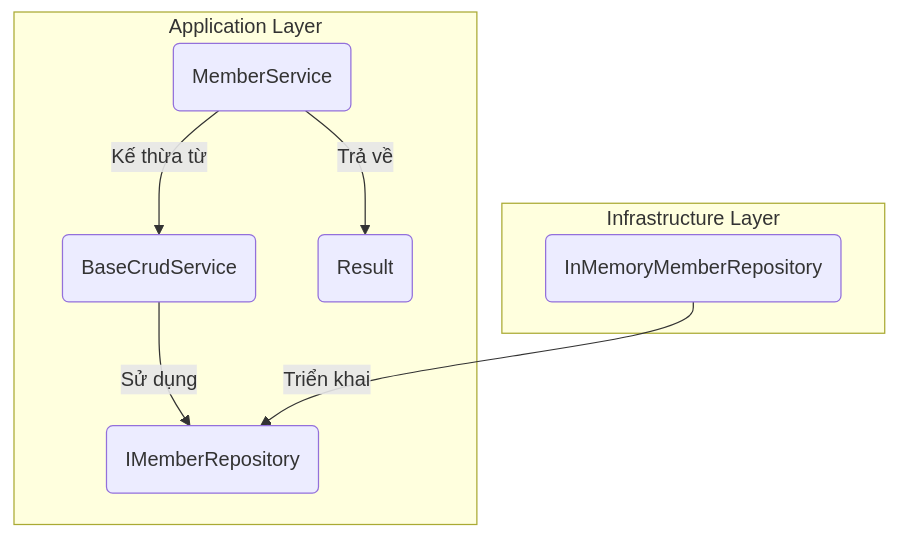
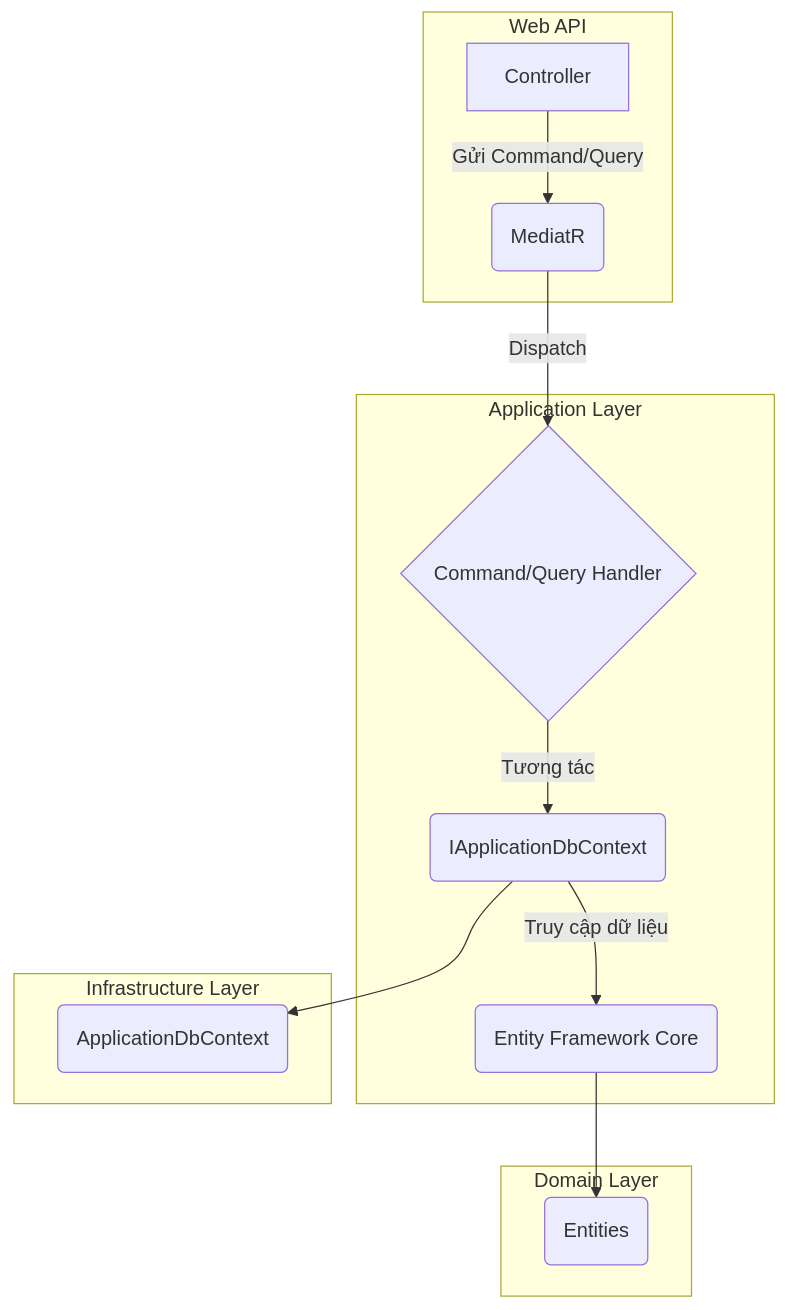
One commit to hkthao/family-tree-3 changed the fourth of 5 diagrams in docs/engineering/architecture.md. Above: the diagram before and after it, drawn with Mermaid. The commit also changed other lines of this file and 9 other files, not shown here.

````diff
--- a/docs/engineering/architecture.md
+++ b/docs/engineering/architecture.md
@@ -74,12 +74,20 @@
 ```mermaid
 graph TD
+    subgraph "Web API"
+        A[Controller] -->|Gửi Command/Query| B(MediatR)
+    end
+
     subgraph "Application Layer"
-        A(MemberService) -->|Kế thừa từ| B(BaseCrudService)
-        B -->|Sử dụng| C(IMemberRepository)
-        A -->|Trả về| D(Result<Member>)
+        B -->|Dispatch| C{Command/Query Handler}
+        C -->|Tương tác| D(IApplicationDbContext)
+        D -->|Truy cập dữ liệu| E(Entity Framework Core)
+    end
+
+    subgraph "Domain Layer"
+        E --> F(Entities)
     end
 
     subgraph "Infrastructure Layer"
-        E(InMemoryMemberRepository) -->|Triển khai| C
+        D --> G(ApplicationDbContext)
     end
 ```
````
